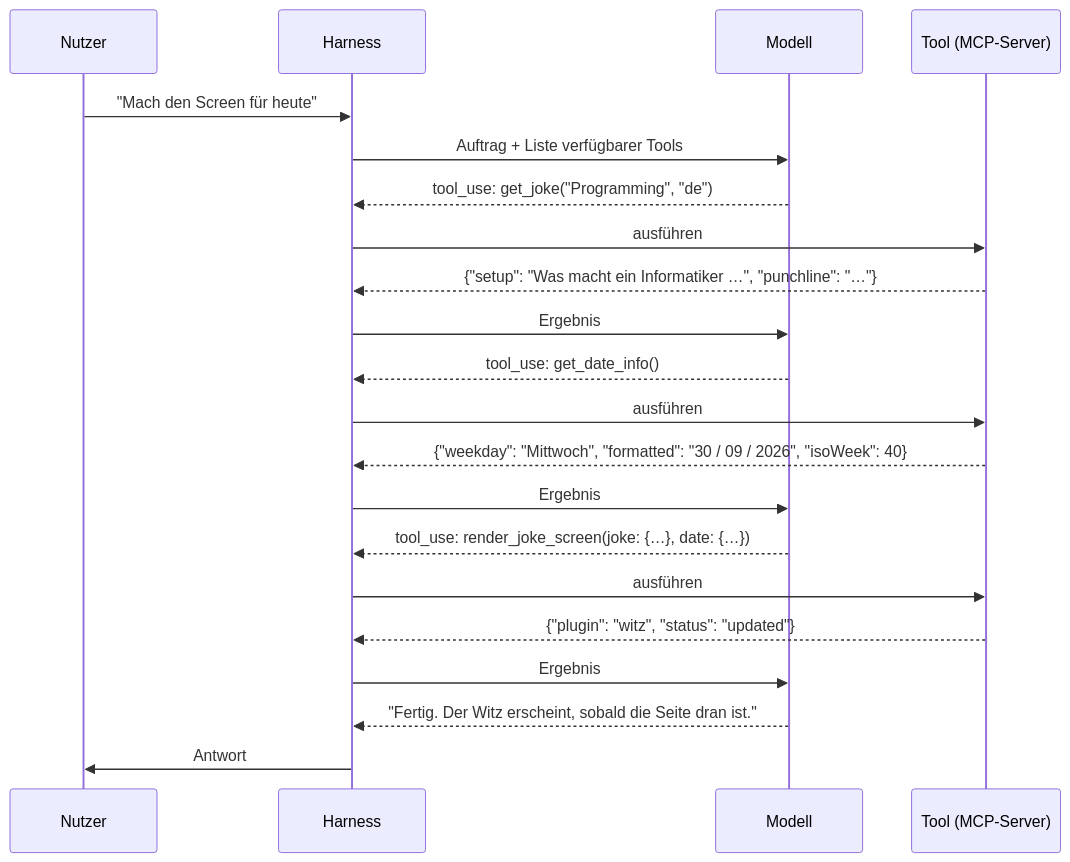
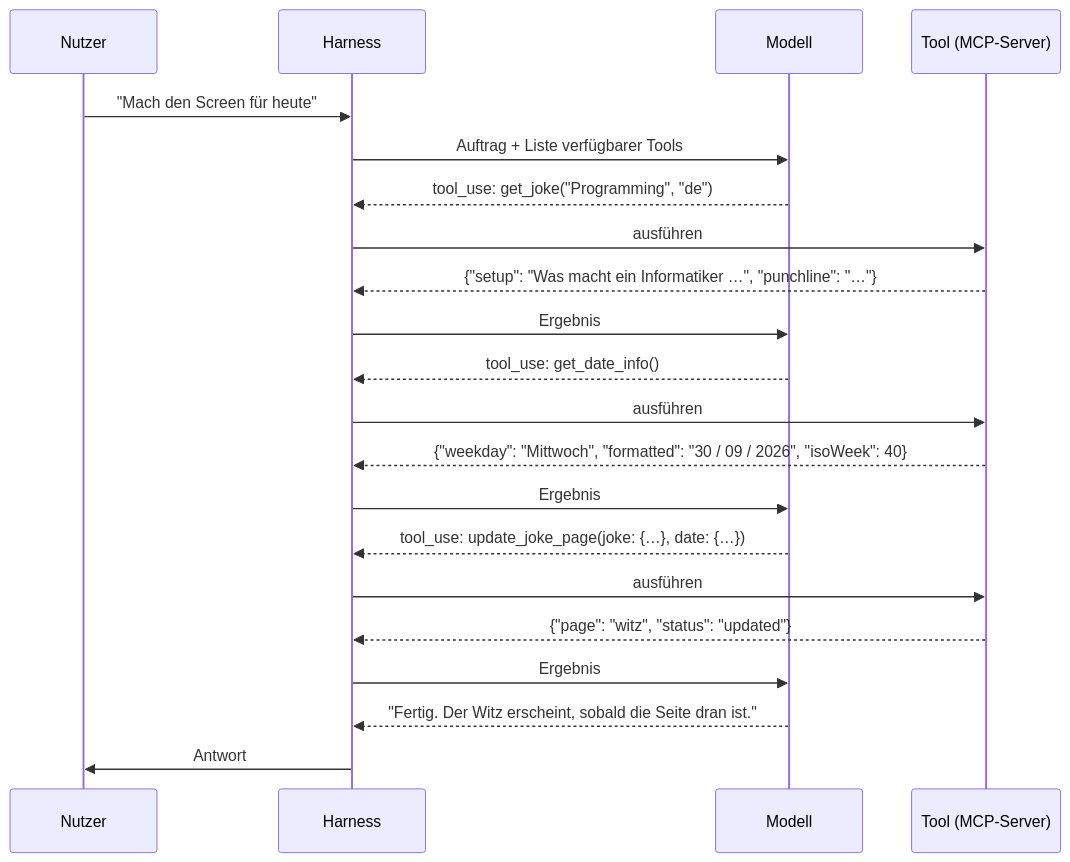
The diagram in docs-guide/01-bausteine.md (Stiriacus/TRMNL-MCP), drawn with Mermaid before and after one commit. The commit also changed 16 other files, not shown here.

````diff
--- a/docs-guide/01-bausteine.md
+++ b/docs-guide/01-bausteine.md
@@ -26,23 +26,23 @@
 ```mermaid
 sequenceDiagram
     participant U as Nutzer
     participant H as Harness
     participant M as Modell
     participant T as Tool (MCP-Server)
     U->>H: "Mach den Screen für heute"
     H->>M: Auftrag + Liste verfügbarer Tools
     M-->>H: tool_use: get_joke("Programming", "de")
     H->>T: ausführen
     T-->>H: {"setup": "Was macht ein Informatiker …", "punchline": "…"}
     H->>M: Ergebnis
     M-->>H: tool_use: get_date_info()
     H->>T: ausführen
     T-->>H: {"weekday": "Mittwoch", "formatted": "30 / 09 / 2026", "isoWeek": 40}
     H->>M: Ergebnis
-    M-->>H: tool_use: render_joke_screen(joke: {…}, date: {…})
+    M-->>H: tool_use: update_joke_page(joke: {…}, date: {…})
     H->>T: ausführen
-    T-->>H: {"plugin": "witz", "status": "updated"}
+    T-->>H: {"page": "witz", "status": "updated"}
     H->>M: Ergebnis
     M-->>H: "Fertig. Der Witz erscheint, sobald die Seite dran ist."
     H->>U: Antwort
 ```
````
